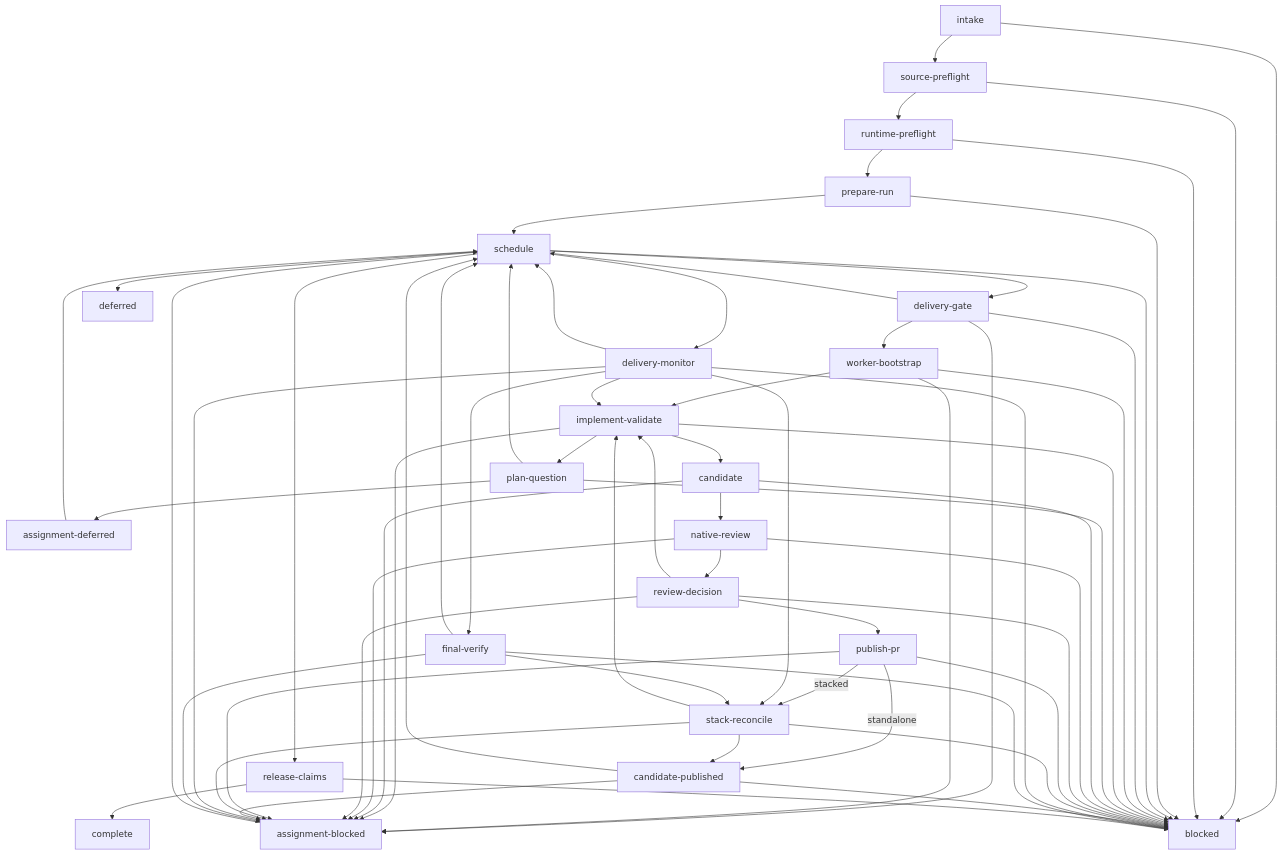
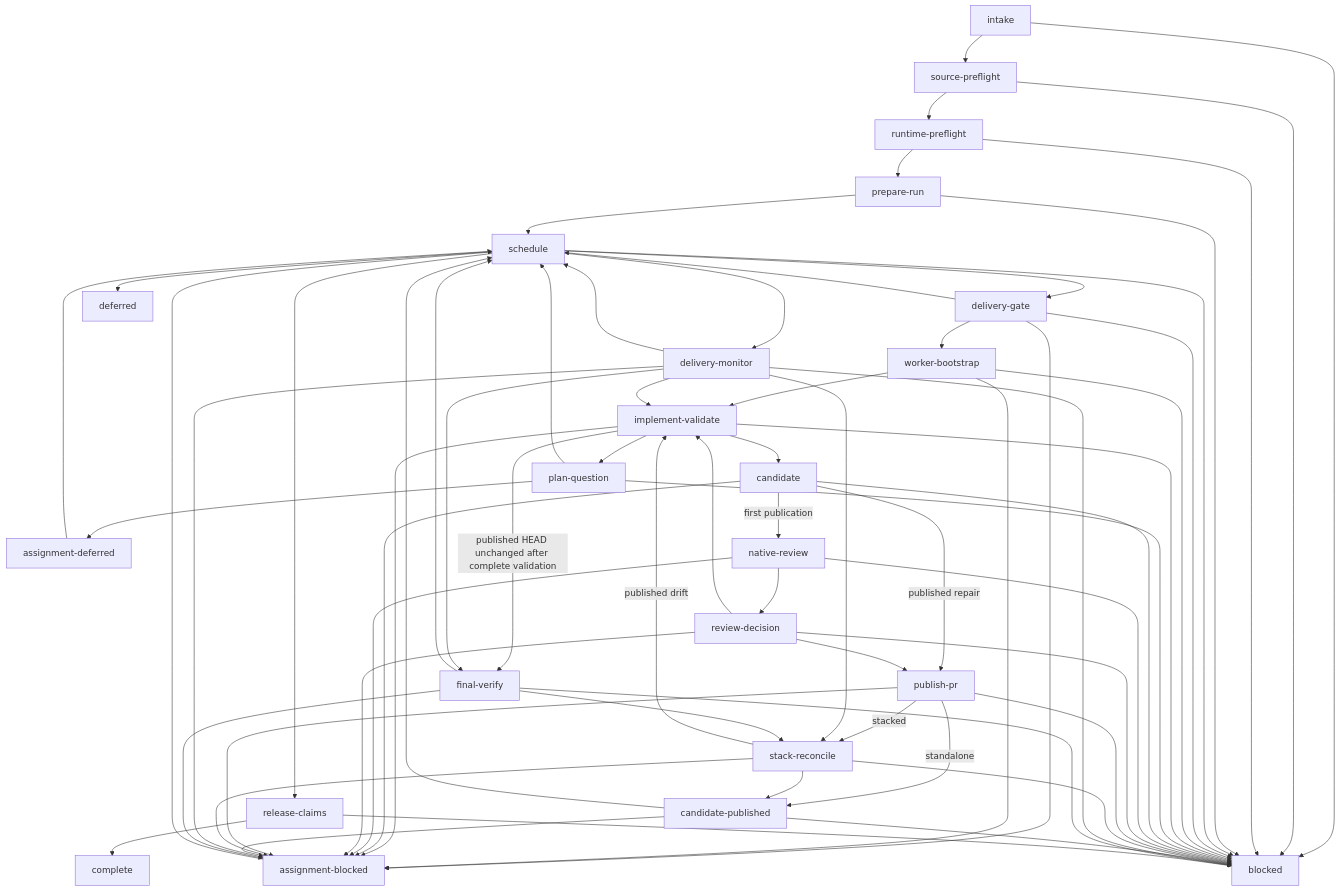
Before and after one commit to alemar11/dotagents: the diagram in plugins/se/skills/implement/SKILL.md, drawn with Mermaid. The commit also changed other lines of this file and 12 other files, not shown here.

First line of the commit message:
Make hosted review authoritative after publication

```diff
--- a/plugins/se/skills/implement/SKILL.md
+++ b/plugins/se/skills/implement/SKILL.md
@@ -268,65 +268,67 @@
 ~~~mermaid
 flowchart TD
     intake --> source-preflight
     intake --> blocked
     source-preflight --> runtime-preflight
     source-preflight --> blocked
     runtime-preflight --> prepare-run
     runtime-preflight --> blocked
     prepare-run --> schedule
     prepare-run --> blocked
     schedule --> delivery-gate
     schedule --> delivery-monitor
     schedule --> release-claims
     schedule --> deferred
     schedule --> blocked
     delivery-gate --> worker-bootstrap
     delivery-gate --> schedule
     delivery-gate --> assignment-blocked
     delivery-gate --> blocked
     worker-bootstrap --> implement-validate
     worker-bootstrap --> assignment-blocked
     worker-bootstrap --> blocked
     implement-validate --> candidate
+    implement-validate -->|published HEAD unchanged after complete validation| final-verify
     implement-validate --> plan-question
     implement-validate --> assignment-blocked
     implement-validate --> blocked
     plan-question --> schedule
     plan-question --> assignment-deferred
     plan-question --> blocked
-    candidate --> native-review
+    candidate -->|first publication| native-review
+    candidate -->|published repair| publish-pr
     candidate --> assignment-blocked
     candidate --> blocked
     native-review --> review-decision
     native-review --> assignment-blocked
     native-review --> blocked
     review-decision --> implement-validate
     review-decision --> publish-pr
     review-decision --> assignment-blocked
     review-decision --> blocked
     publish-pr -->|standalone| candidate-published
     publish-pr -->|stacked| stack-reconcile
     publish-pr --> assignment-blocked
     publish-pr --> blocked
     stack-reconcile --> candidate-published
-    stack-reconcile --> implement-validate
+    stack-reconcile -->|published drift| implement-validate
     stack-reconcile --> assignment-blocked
     stack-reconcile --> blocked
     candidate-published --> schedule
     candidate-published --> assignment-blocked
     candidate-published --> blocked
     delivery-monitor --> schedule
     delivery-monitor --> implement-validate
     delivery-monitor --> stack-reconcile
     delivery-monitor --> final-verify
     delivery-monitor --> assignment-blocked
     delivery-monitor --> blocked
     final-verify --> schedule
     final-verify --> stack-reconcile
     final-verify --> assignment-blocked
     final-verify --> blocked
     assignment-blocked --> schedule
     assignment-deferred --> schedule
     release-claims --> complete
     release-claims --> blocked
 ~~~
```
